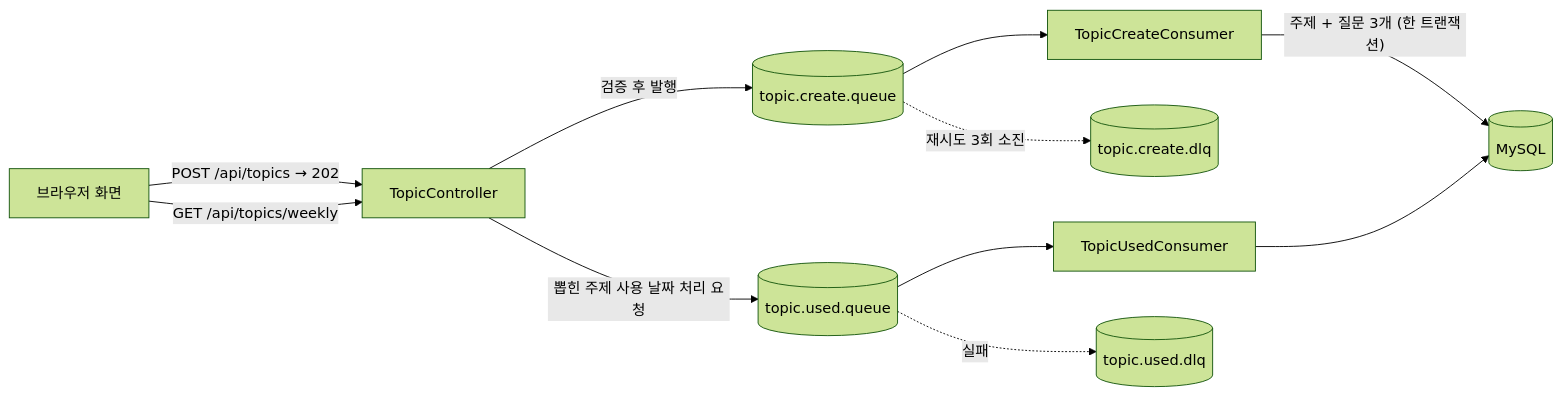
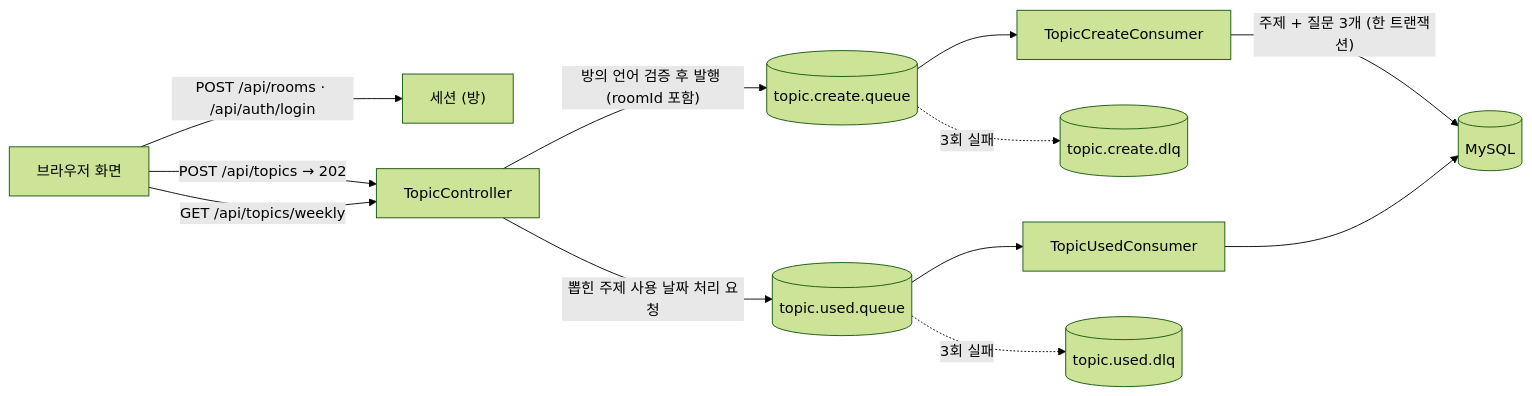
The diagram in README.md (EauLune01/language-exchange), drawn with Mermaid (forest theme) before and after one commit. The commit also changed other lines of this file, not shown here.

````diff
--- a/README.md
+++ b/README.md
@@ -20,14 +23,15 @@
 ```mermaid
 flowchart LR
-    A["브라우저 화면"] -->|"POST /api/topics → 202"| B["TopicController"]
-    B -->|"검증 후 발행"| C[("topic.create.queue")]
+    A["브라우저 화면"] -->|"POST /api/rooms · /api/auth/login"| S["세션 (방)"]
+    A -->|"POST /api/topics → 202"| B["TopicController"]
+    B -->|"방의 언어 검증 후 발행 (roomId 포함)"| C[("topic.create.queue")]
     C --> D["TopicCreateConsumer"]
     D -->|"주제 + 질문 3개 (한 트랜잭션)"| E[("MySQL")]
-    C -. "재시도 3회 소진" .-> F[("topic.create.dlq")]
+    C -. "3회 실패" .-> F[("topic.create.dlq")]
 
     A -->|"GET /api/topics/weekly"| B
     B -->|"뽑힌 주제 사용 날짜 처리 요청"| G[("topic.used.queue")]
     G --> H["TopicUsedConsumer"]
     H --> E
-    G -. "실패" .-> I[("topic.used.dlq")]
+    G -. "3회 실패" .-> I[("topic.used.dlq")]
 ```
````
